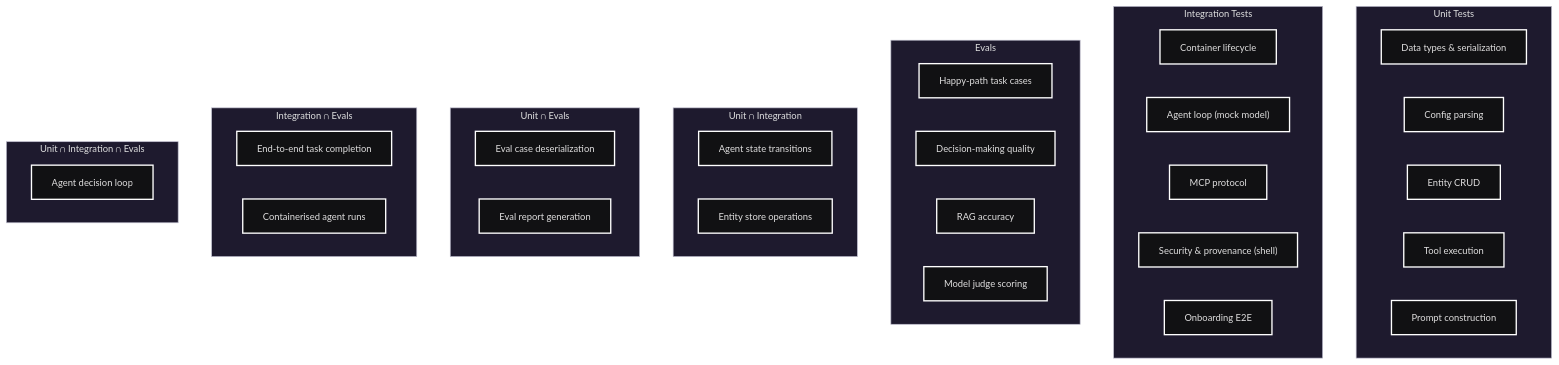
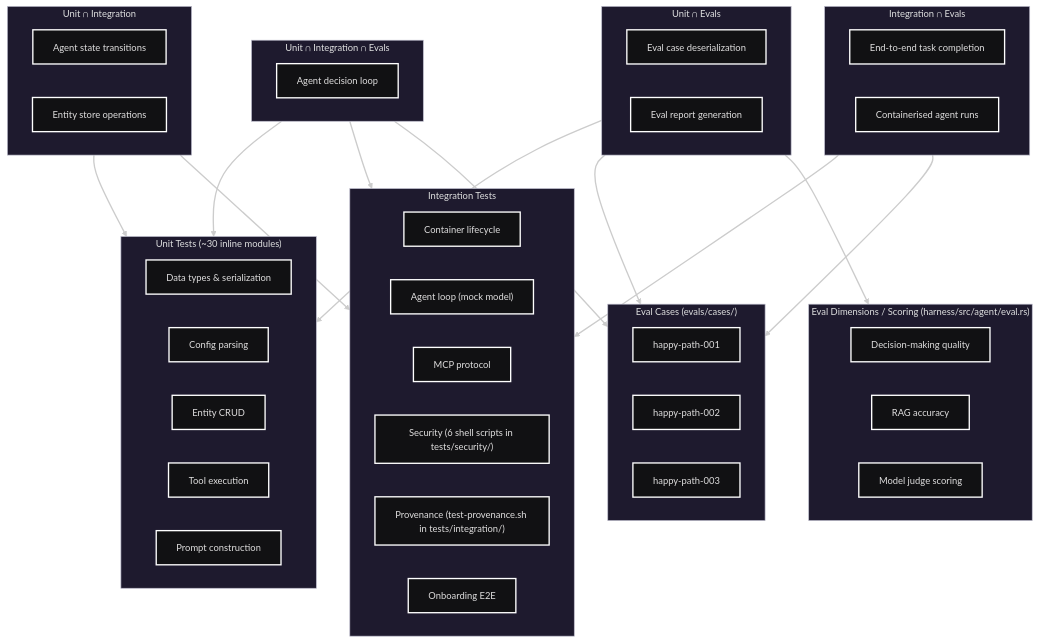
One commit to DominicBurkart/nanna-coder changed the fifth of 5 diagrams in ARCHITECTURE.md. Above: the diagram before and after it, drawn with Mermaid. The commit also changed other lines of this file, not shown here.

First line of the commit message:
docs: address review comments on Tests and Evals diagram

````diff
--- a/ARCHITECTURE.md
+++ b/ARCHITECTURE.md
@@ -52,48 +128,66 @@
 ```mermaid
 ---
 config:
   theme: redux-dark
+  layout: dagre
 ---
 flowchart TD
-    subgraph UT["Unit Tests"]
+    subgraph UT["Unit Tests (~30 inline modules)"]
         u1["Data types & serialization"]
         u2["Config parsing"]
         u3["Entity CRUD"]
         u4["Tool execution"]
         u5["Prompt construction"]
     end
 
     subgraph IT["Integration Tests"]
         i1["Container lifecycle"]
         i2["Agent loop (mock model)"]
         i3["MCP protocol"]
-        i4["Security & provenance (shell)"]
-        i5["Onboarding E2E"]
+        i4["Security (6 shell scripts in tests/security/)"]
+        i5["Provenance (test-provenance.sh in tests/integration/)"]
+        i6["Onboarding E2E"]
     end
 
-    subgraph EV["Evals"]
-        e1["Happy-path task cases"]
-        e2["Decision-making quality"]
-        e3["RAG accuracy"]
-        e4["Model judge scoring"]
+    subgraph EC["Eval Cases (evals/cases/)"]
+        ec1["happy-path-001"]
+        ec2["happy-path-002"]
+        ec3["happy-path-003"]
+    end
+
+    subgraph ED["Eval Dimensions / Scoring (harness/src/agent/eval.rs)"]
+        ed1["Decision-making quality"]
+        ed2["RAG accuracy"]
+        ed3["Model judge scoring"]
     end
 
     subgraph UT_IT["Unit ∩ Integration"]
         ui1["Agent state transitions"]
         ui2["Entity store operations"]
     end
 
     subgraph UT_EV["Unit ∩ Evals"]
         ue1["Eval case deserialization"]
         ue2["Eval report generation"]
     end
 
     subgraph IT_EV["Integration ∩ Evals"]
         ie1["End-to-end task completion"]
         ie2["Containerised agent runs"]
     end
 
     subgraph ALL["Unit ∩ Integration ∩ Evals"]
         a1["Agent decision loop"]
     end
+
+    UT_IT --> UT
+    UT_IT --> IT
+    UT_EV --> UT
+    UT_EV --> EC
+    UT_EV --> ED
+    IT_EV --> IT
+    IT_EV --> EC
+    ALL --> UT
+    ALL --> IT
+    ALL --> EC
 ```
````
